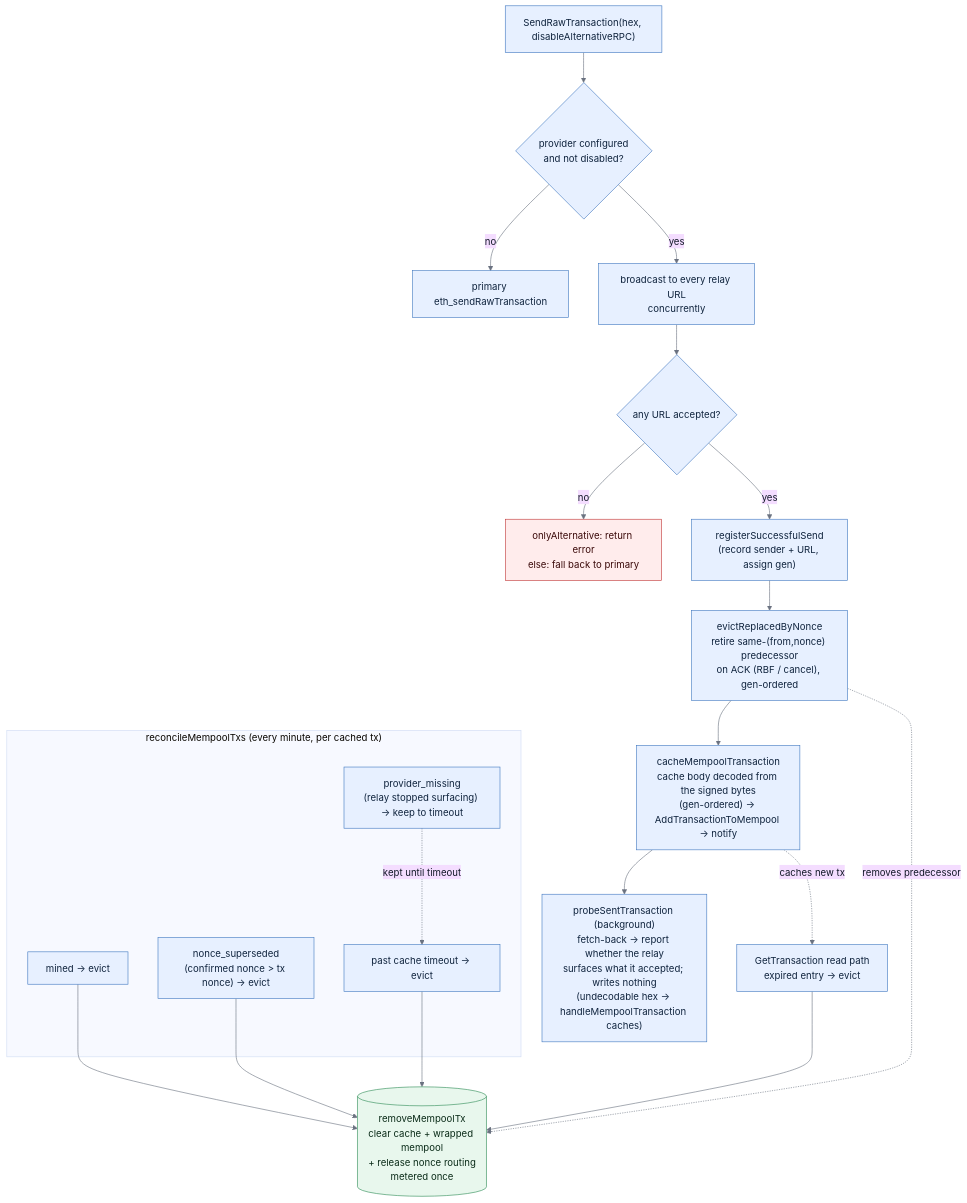
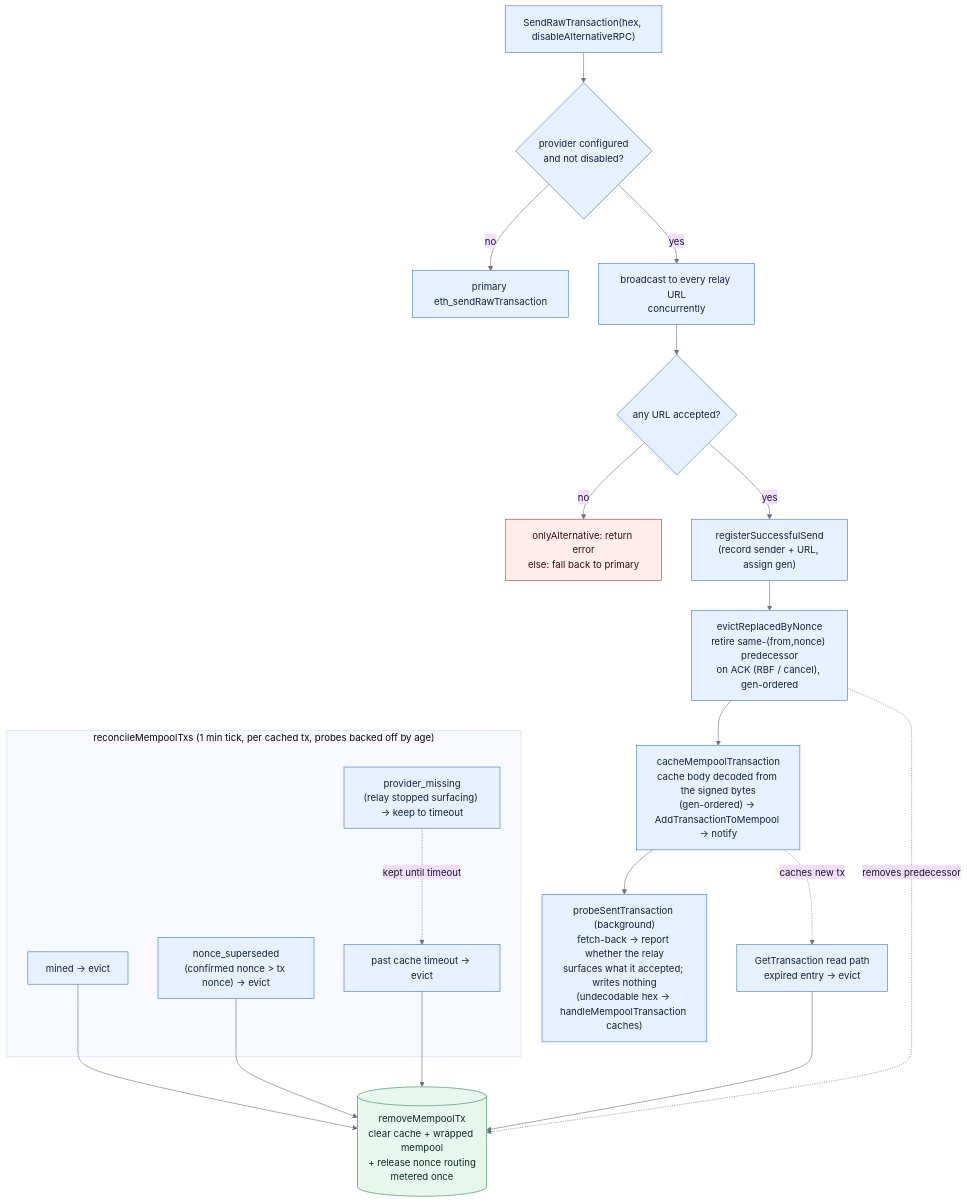
One commit to trezor/blockbook changed the diagram in docs/evm-send.md. Above: the diagram before and after it, drawn with Mermaid. The commit also changed other lines of this file and 9 other files, not shown here.

````diff
--- a/docs/evm-send.md
+++ b/docs/evm-send.md
@@ -20,44 +20,44 @@
 ```mermaid
 %%{init: {"theme": "base", "themeVariables": {"lineColor": "#6b7280", "primaryTextColor": "#111827"}}}%%
 flowchart TD
     send["SendRawTransaction(hex, disableAlternativeRPC)"]
     route{"provider configured<br/>and not disabled?"}
     primary["primary eth_sendRawTransaction"]
     relay["broadcast to every relay URL<br/>concurrently"]
     acc{"any URL accepted?"}
     reject["onlyAlternative: return error<br/>else: fall back to primary"]
     reg["registerSuccessfulSend<br/>(record sender + URL, assign gen)"]
     evict["evictReplacedByNonce<br/>retire same-(from,nonce) predecessor<br/>on ACK (RBF / cancel), gen-ordered"]
     cache["cacheMempoolTransaction<br/>cache body decoded from the signed bytes<br/>(gen-ordered) → AddTransactionToMempool → notify"]
     handle["probeSentTransaction (background)<br/>fetch-back → report whether the relay<br/>surfaces what it accepted; writes nothing<br/>(undecodable hex → handleMempoolTransaction caches)"]
 
-    subgraph rec ["reconcileMempoolTxs (every minute, per cached tx)"]
+    subgraph rec ["reconcileMempoolTxs (1 min tick, per cached tx, probes backed off by age)"]
         mined["mined → evict"]
         super["nonce_superseded<br/>(confirmed nonce > tx nonce) → evict"]
         miss["provider_missing<br/>(relay stopped surfacing) → keep to timeout"]
         to["past cache timeout → evict"]
     end
 
     readpath["GetTransaction read path<br/>expired entry → evict"]
     remove[("removeMempoolTx<br/>clear cache + wrapped mempool<br/>+ release nonce routing<br/>metered once")]
 
     send --> route
     route -- "no" --> primary
     route -- "yes" --> relay --> acc
     acc -- "no" --> reject
     acc -- "yes" --> reg --> evict --> cache --> handle
     evict -. removes predecessor .-> remove
     cache -. caches new tx .-> readpath
     mined --> remove
     super --> remove
     miss -. "kept until timeout" .-> to
     to --> remove
     readpath --> remove
 
     classDef normal fill:#e7f0ff,stroke:#4078c0,color:#10243e;
     classDef store fill:#e8f7ed,stroke:#2e8b57,color:#0b2c19;
     classDef error fill:#ffecec,stroke:#c03535,color:#3b0a0a;
     class send,route,relay,acc,reg,evict,cache,handle,mined,super,miss,to,readpath,primary normal;
     class remove store;
     class reject error;
 ```
````
